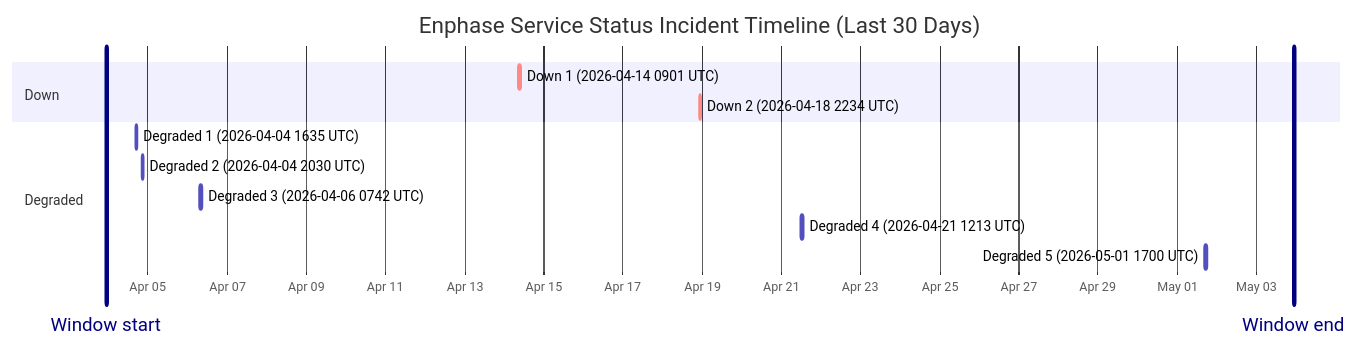
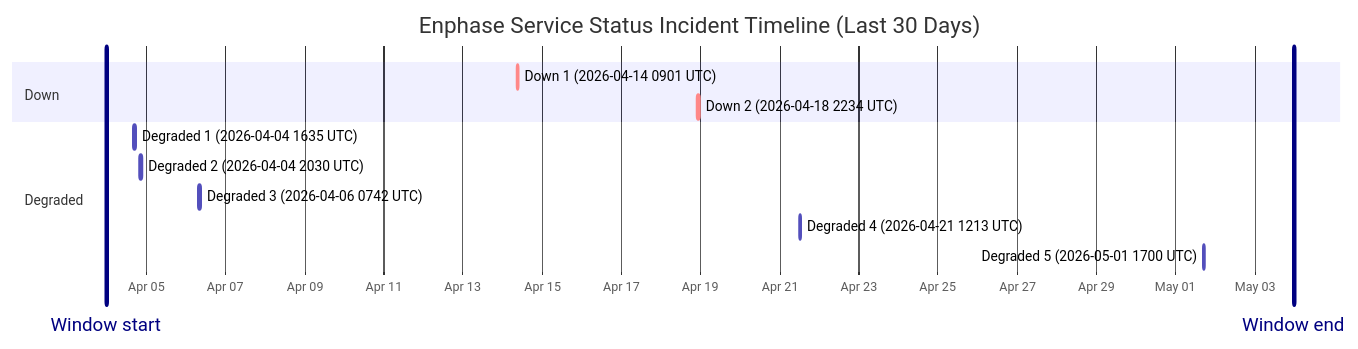
One commit to barneyonline/ha-enphase-ev-charger changed the diagram in wiki/Service-Status-History.md. Above: the diagram before and after it, drawn with Mermaid. The commit also changed other lines of this file and 3 other files, not shown here.

````diff
--- a/wiki/Service-Status-History.md
+++ b/wiki/Service-Status-History.md
@@ -14,17 +14,17 @@
 ```mermaid
 gantt
     title Enphase Service Status Incident Timeline (Last 30 Days)
     dateFormat  YYYY-MM-DDTHH:mm:ss
     axisFormat  %b %d
-    Window start :vert, window-start, 2026-04-03T22:40:13, 0ms
-    Window end :vert, window-end, 2026-05-03T22:40:13, 0ms
+    Window start :vert, window-start, 2026-04-03T23:43:20, 0ms
+    Window end :vert, window-end, 2026-05-03T23:43:20, 0ms
     section Down
     Down 1 (2026-04-14 0901 UTC) :crit, down-1, 2026-04-14T09:01:13, 60m
     Down 2 (2026-04-18 2234 UTC) :crit, down-2, 2026-04-18T22:34:13, 60m
     section Degraded
     Degraded 1 (2026-04-04 1635 UTC) :active, degraded-1, 2026-04-04T16:35:17, 60m
     Degraded 2 (2026-04-04 2030 UTC) :active, degraded-2, 2026-04-04T20:30:40, 60m
     Degraded 3 (2026-04-06 0742 UTC) :active, degraded-3, 2026-04-06T07:42:09, 85m
     Degraded 4 (2026-04-21 1213 UTC) :active, degraded-4, 2026-04-21T12:13:11, 60m
     Degraded 5 (2026-05-01 1700 UTC) :active, degraded-5, 2026-05-01T17:00:22, 60m
 ```
````
